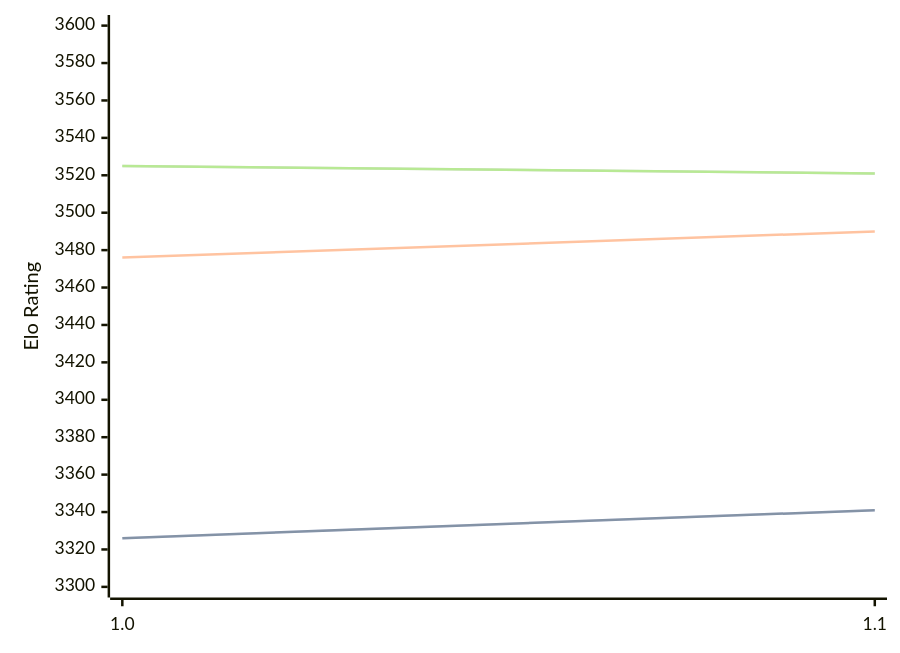
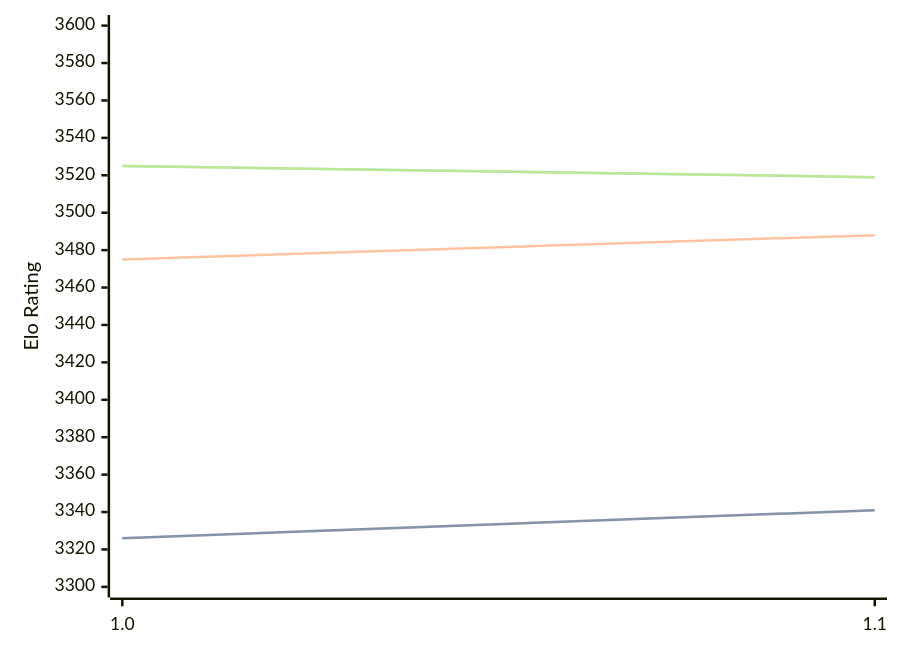
Before and after one commit to computer-chess-index/cci: the diagram in engines/Horsie.md, drawn with Mermaid. The commit also changed other lines of this file, not shown here.

Commit message:
Update CCI Ratings (ELO VLTC) - 2026-08-02

````diff
--- a/engines/Horsie.md
+++ b/engines/Horsie.md
@@ -32,11 +32,11 @@
 ```mermaid
 %%{init: {"theme":"base","themeVariables":{"seriesColors:['#a3a3a3','#222221','#faa371']}}}%%
 xychart-beta
   x-axis ["1.0", "1.1"]
   y-axis "Elo Rating" 3300 --> 3600
   line "STC (8.0+0.08s)" [3326, 3341]
   line "STC (8.0+0.08s)" [3326, 3341]
-  line "LTC (60.0+0.60s)" [3476, 3490]
-  line "VLTC (2m24s+1.12s)" [3525, 3521]
-  line "VLTC (2m24s+1.12s)" [3525, 3521]
+  line "LTC (60.0+0.60s)" [3475, 3488]
+  line "VLTC (2m24s+1.12s)" [3525, 3519]
+  line "VLTC (2m24s+1.12s)" [3525, 3519]
 ```
````
